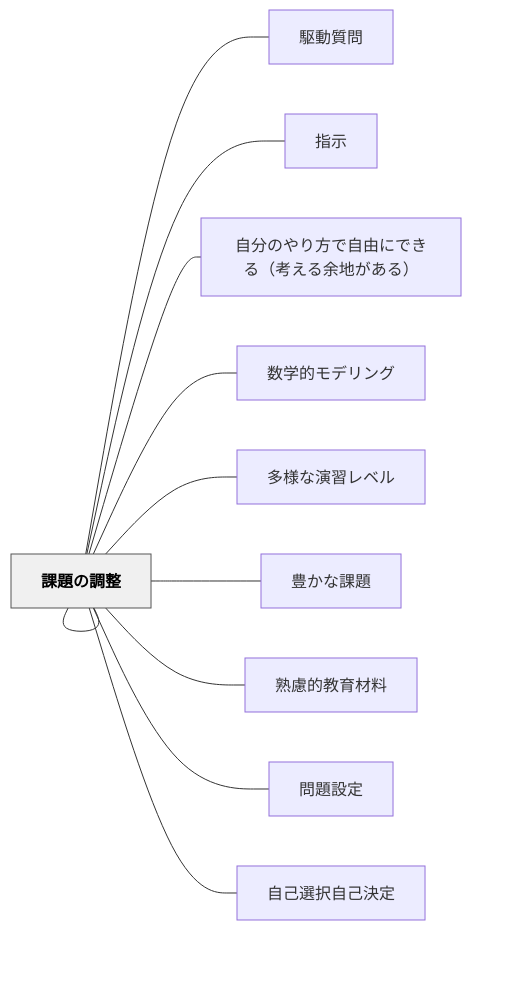
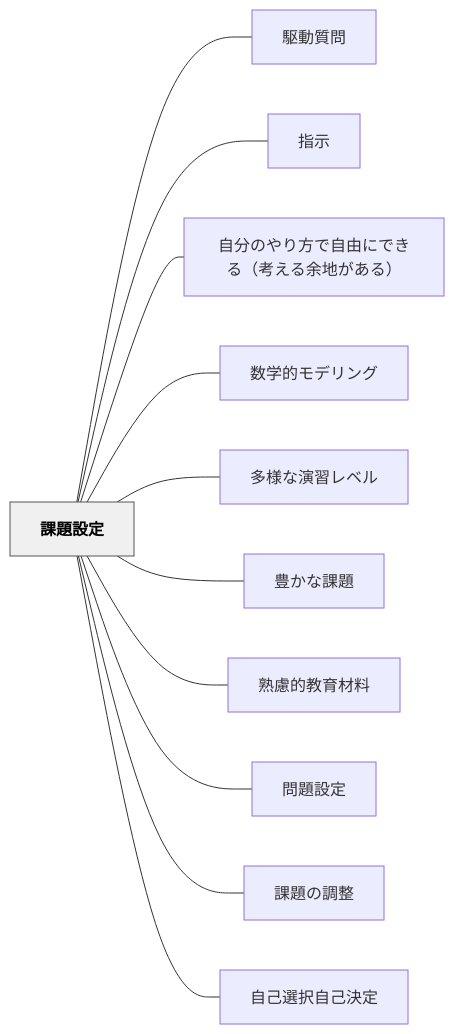
Before and after one commit to unknownthings-ed-patterns/unknownthings-ed-patterns: the diagram in content/パタン/課題設定.md, drawn with Mermaid. The commit also changed 527 other files, not shown here.

````diff
--- a/content/パタン/課題設定.md
+++ b/content/パタン/課題設定.md
@@ -51,28 +51,28 @@
 ```mermaid
 flowchart LR
-    ne8aab2e9a18c["課題設定"]
-    ne9a786e58b95["駆動質問"]
+    ne8aab2e9a18ce8a8ade5ae9a["課題設定"]
+    ne9a786e58b95e8b3aae5958f["駆動質問"]
     ne68c87e7a4ba["指示"]
-    ne887aae58886["自分のやり方で自由にできる（考える余地がある）"]
-    ne695b0e5ada6["数学的モデリング"]
-    ne5a49ae6a798["多様な演習レベル"]
-    ne8b18ae3818b["豊かな課題"]
-    ne7869fe685ae["熟慮的教育材料"]
-    ne5958fe9a18c["問題設定"]
-    ne8aab2e9a18c["課題の調整"]
-    ne887aae5b7b1["自己選択自己決定"]
+    ne887aae58886e381aee38284e3828ae696b9e381a7e887aae794b1e381abe381a7e3818de3828befbc88e88083e38188e3828be4bd99e59cb0e3818ce38182e3828befbc89["自分のやり方で自由にできる（考える余地がある）"]
+    ne695b0e5ada6e79a84e383a2e38387e383aae383b3e382b0["数学的モデリング"]
+    ne5a49ae6a798e381aae6bc94e7bf92e383ace38399e383ab["多様な演習レベル"]
+    ne8b18ae3818be381aae8aab2e9a18c["豊かな課題"]
+    ne7869fe685aee79a84e69599e882b2e69d90e69699["熟慮的教育材料"]
+    ne5958fe9a18ce8a8ade5ae9a["問題設定"]
+    ne8aab2e9a18ce381aee8aabfe695b4["課題の調整"]
+    ne887aae5b7b1e981b8e68a9ee887aae5b7b1e6b1bae5ae9a["自己選択自己決定"]
 
-    ne8aab2e9a18c --- ne9a786e58b95
-    ne8aab2e9a18c --- ne68c87e7a4ba
-    ne8aab2e9a18c --- ne887aae58886
-    ne8aab2e9a18c --- ne695b0e5ada6
-    ne8aab2e9a18c --- ne5a49ae6a798
-    ne8aab2e9a18c --- ne8b18ae3818b
-    ne8aab2e9a18c --- ne7869fe685ae
-    ne8aab2e9a18c --- ne5958fe9a18c
-    ne8aab2e9a18c --- ne8aab2e9a18c
-    ne8aab2e9a18c --- ne887aae5b7b1
+    ne8aab2e9a18ce8a8ade5ae9a --- ne9a786e58b95e8b3aae5958f
+    ne8aab2e9a18ce8a8ade5ae9a --- ne68c87e7a4ba
+    ne8aab2e9a18ce8a8ade5ae9a --- ne887aae58886e381aee38284e3828ae696b9e381a7e887aae794b1e381abe381a7e3818de3828befbc88e88083e38188e3828be4bd99e59cb0e3818ce38182e3828befbc89
+    ne8aab2e9a18ce8a8ade5ae9a --- ne695b0e5ada6e79a84e383a2e38387e383aae383b3e382b0
+    ne8aab2e9a18ce8a8ade5ae9a --- ne5a49ae6a798e381aae6bc94e7bf92e383ace38399e383ab
+    ne8aab2e9a18ce8a8ade5ae9a --- ne8b18ae3818be381aae8aab2e9a18c
+    ne8aab2e9a18ce8a8ade5ae9a --- ne7869fe685aee79a84e69599e882b2e69d90e69699
+    ne8aab2e9a18ce8a8ade5ae9a --- ne5958fe9a18ce8a8ade5ae9a
+    ne8aab2e9a18ce8a8ade5ae9a --- ne8aab2e9a18ce381aee8aabfe695b4
+    ne8aab2e9a18ce8a8ade5ae9a --- ne887aae5b7b1e981b8e68a9ee887aae5b7b1e6b1bae5ae9a
 
     classDef hub fill:#f0f0f0,stroke:#555,color:#000,font-weight:bold
-    class ne8aab2e9a18c hub
+    class ne8aab2e9a18ce8a8ade5ae9a hub
 ```
````
